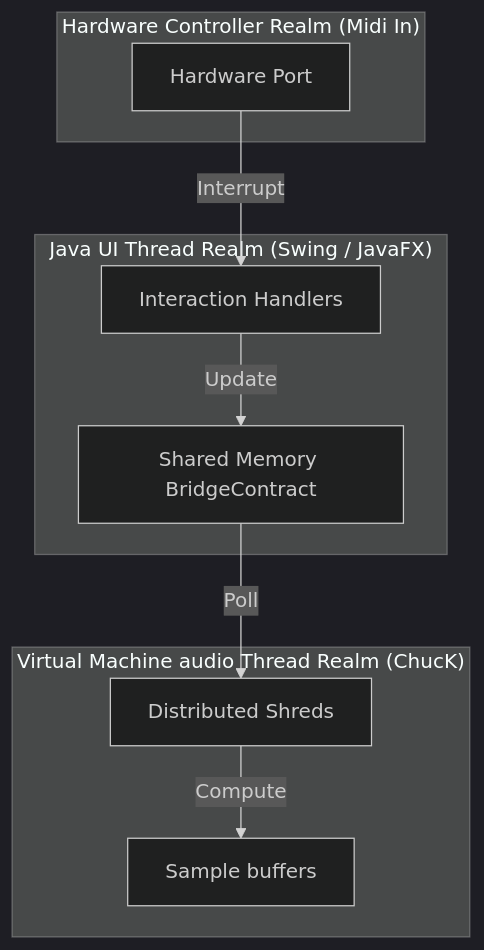
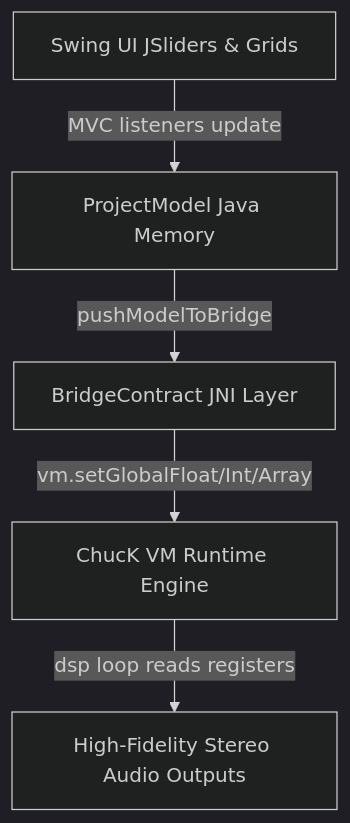
Before and after one commit to ludoch/chuckjava: the diagram in docs/DELUGE_GUIDEBOOK.md, drawn with Mermaid (dark theme). The commit also changed other lines of this file and 6 other files, not shown here.

Commit message:
feat: implement programmatic high-fidelity JApp screenshots pipeline and write real visual manual guidebook with actual Swing screenshots

````diff
--- a/docs/DELUGE_GUIDEBOOK.md
+++ b/docs/DELUGE_GUIDEBOOK.md
@@ -616,13 +180,7 @@
 ```mermaid
 graph TD
-    subgraph "Java UI Thread Realm (Swing / JavaFX)"
-        UI[Interaction Handlers] -->|Update| Arrays[Shared Memory BridgeContract]
-    end
-    subgraph "Virtual Machine audio Thread Realm (ChucK)"
-        Arrays -->|Poll| Spork[Distributed Shreds]
-        Spork -->|Compute| Audio[Sample buffers]
-    end
-    subgraph "Hardware Controller Realm (Midi In)"
-        Midi[Hardware Port] -->|Interrupt| UI
-    end
+    A[Swing UI JSliders & Grids] -->|MVC listeners update| B[ProjectModel Java Memory]
+    B -->|pushModelToBridge| C[BridgeContract JNI Layer]
+    C -->|vm.setGlobalFloat/Int/Array| D[ChucK VM Runtime Engine]
+    D -->|dsp loop reads registers| E[High-Fidelity Stereo Audio Outputs]
 ```
````
